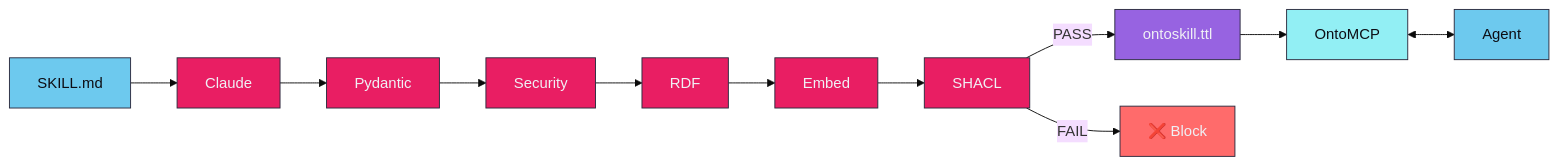
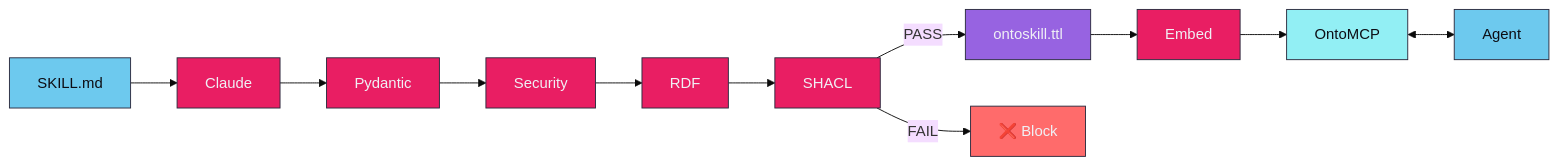
One commit to mareasoftware/ontoclaw changed the first of 4 diagrams in site/src/content/docs/zh/docs/architecture.md. Above: the diagram before and after it, drawn with Mermaid (base theme). The commit also changed other lines of this file and 4 other files, not shown here.

````diff
--- a/site/src/content/docs/zh/docs/architecture.md
+++ b/site/src/content/docs/zh/docs/architecture.md
@@ -10,18 +10,18 @@
 ```mermaid
 flowchart LR
-    MD["SKILL.md"] --> LLM["Claude"] --> PYD["Pydantic"] --> SEC["Security"] --> RDF["RDF"] --> EMBED["Embed"] --> SHACL["SHACL"]
-    SHACL -->|"PASS"| TTL["ontoskill.ttl"] --> MCP["OntoMCP"] <--> AGENT["Agent"]
+    MD["SKILL.md"] --> LLM["Claude"] --> PYD["Pydantic"] --> SEC["Security"] --> RDF["RDF"] --> SHACL["SHACL"]
+    SHACL -->|"PASS"| TTL["ontoskill.ttl"] --> EMBED["Embed"] --> MCP["OntoMCP"] <--> AGENT["Agent"]
     SHACL -->|"FAIL"| FAIL["❌ Block"]
 
     style MD fill:#6dc9ee,stroke:#2a2a3e,color:#0d0d14
     style LLM fill:#e91e63,stroke:#2a2a3e,color:#f0f0f5
     style PYD fill:#e91e63,stroke:#2a2a3e,color:#f0f0f5
     style SEC fill:#e91e63,stroke:#2a2a3e,color:#f0f0f5
     style RDF fill:#e91e63,stroke:#2a2a3e,color:#f0f0f5
     style EMBED fill:#e91e63,stroke:#2a2a3e,color:#f0f0f5
     style SHACL fill:#e91e63,stroke:#2a2a3e,color:#f0f0f5
     style TTL fill:#9763e1,stroke:#2a2a3e,color:#f0f0f5
     style MCP fill:#92eff4,stroke:#2a2a3e,color:#0d0d14
     style AGENT fill:#6dc9ee,stroke:#2a2a3e,color:#0d0d14
     style FAIL fill:#ff6b6b,stroke:#2a2a3e,color:#f0f0f5
 ```
````
